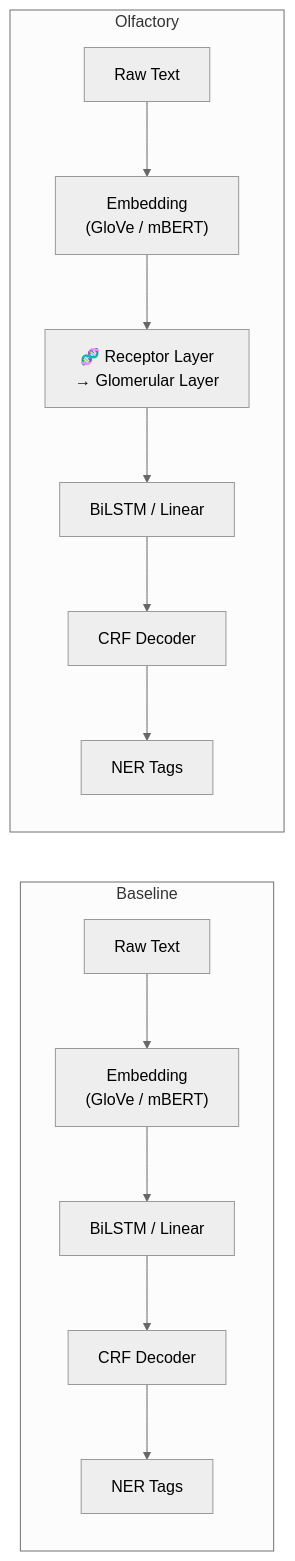
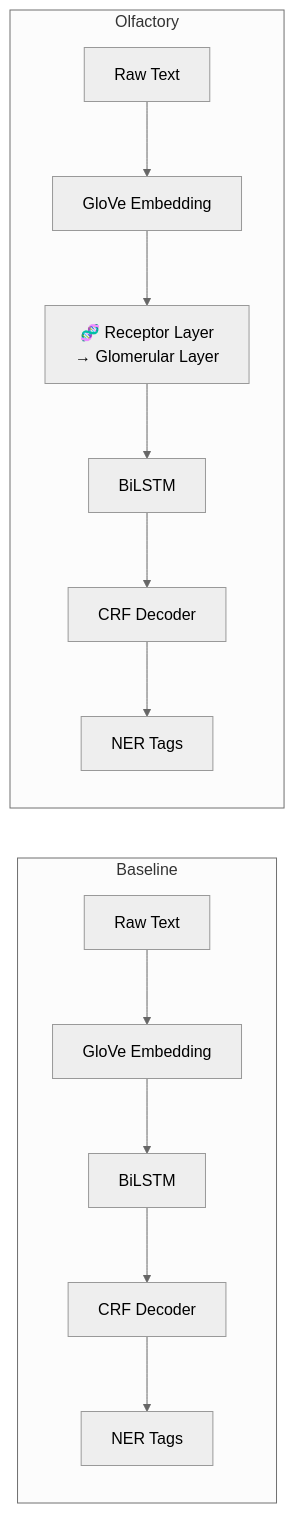
Before and after one commit to bhushan1729/olfaction-inspired-ner: the diagram in docs/ARCHITECTURE.md, drawn with Mermaid (neutral theme). The commit also changed other lines of this file and 11 other files, not shown here.

````diff
--- a/docs/ARCHITECTURE.md
+++ b/docs/ARCHITECTURE.md
@@ -25,17 +25,17 @@
 ```mermaid
 graph LR
     subgraph Baseline
-        A1["Raw Text"] --> B1["Embedding<br/>(GloVe / mBERT)"]
-        B1 --> C1["BiLSTM / Linear"]
+        A1["Raw Text"] --> B1["GloVe Embedding"]
+        B1 --> C1["BiLSTM"]
         C1 --> D1["CRF Decoder"]
         D1 --> E1["NER Tags"]
     end
 
     subgraph Olfactory
-        A2["Raw Text"] --> B2["Embedding<br/>(GloVe / mBERT)"]
+        A2["Raw Text"] --> B2["GloVe Embedding"]
         B2 --> OLF["🧬 Receptor Layer<br/>→ Glomerular Layer"]
-        OLF --> C2["BiLSTM / Linear"]
+        OLF --> C2["BiLSTM"]
         C2 --> D2["CRF Decoder"]
         D2 --> E2["NER Tags"]
     end
 ```
````
